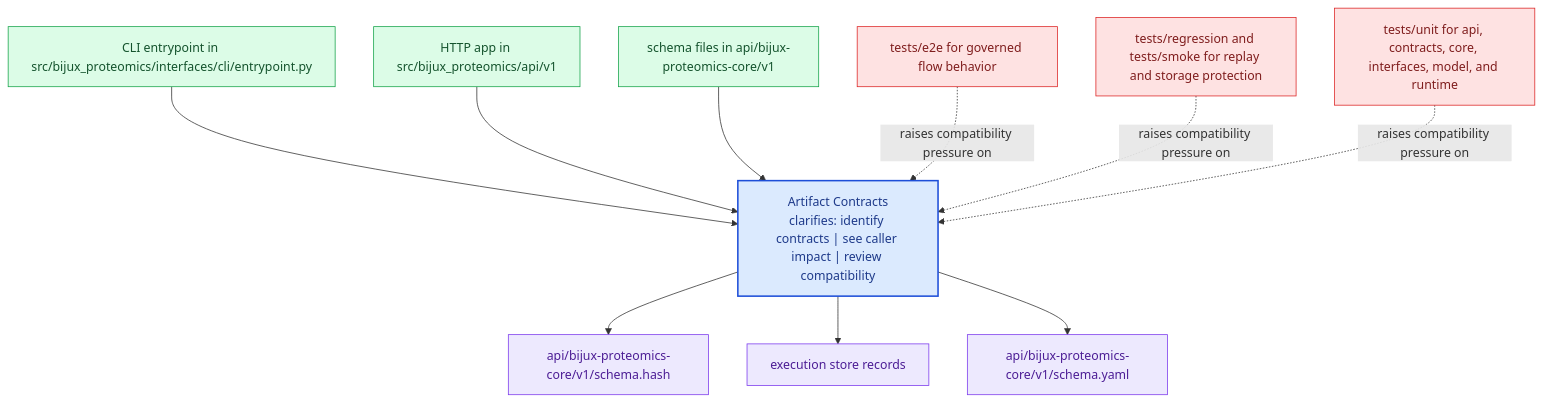
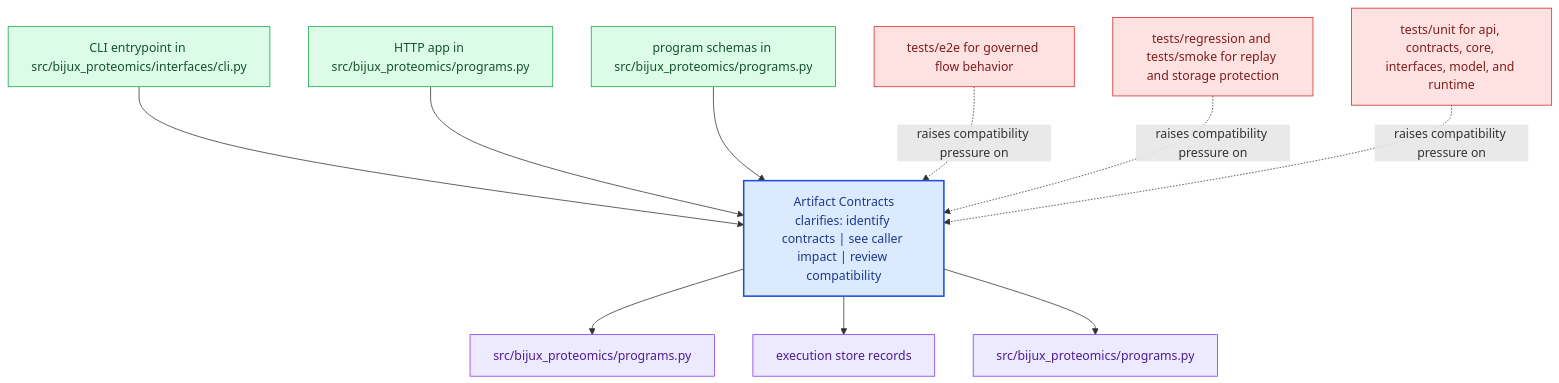
One commit to bijux/bijux-proteomics changed the diagram in docs/bijux-proteomics-core/interfaces/artifact-contracts.md. Above: the diagram before and after it, drawn with Mermaid. The commit also changed other lines of this file and 24 other files, not shown here.

Commit message:
docs(bijux-proteomics-core): realign handbook around program contracts and lifecycle models

````diff
--- a/docs/bijux-proteomics-core/interfaces/artifact-contracts.md
+++ b/docs/bijux-proteomics-core/interfaces/artifact-contracts.md
@@ -23,31 +23,31 @@
 ```mermaid
 flowchart TB
     page["Artifact Contracts<br/>clarifies: identify contracts | see caller impact | review compatibility"]
     classDef page fill:#dbeafe,stroke:#1d4ed8,color:#1e3a8a,stroke-width:2px;
     classDef positive fill:#dcfce7,stroke:#16a34a,color:#14532d;
     classDef caution fill:#fee2e2,stroke:#dc2626,color:#7f1d1d;
     classDef anchor fill:#ede9fe,stroke:#7c3aed,color:#4c1d95;
     classDef action fill:#fef3c7,stroke:#d97706,color:#7c2d12;
-    surface1["CLI entrypoint in src/bijux_proteomics/interfaces/cli/entrypoint.py"]
+    surface1["CLI entrypoint in src/bijux_proteomics/interfaces/cli.py"]
     surface1 --> page
-    surface2["HTTP app in src/bijux_proteomics/api/v1"]
+    surface2["HTTP app in src/bijux_proteomics/programs.py"]
     surface2 --> page
-    surface3["schema files in api/bijux-proteomics-core/v1"]
+    surface3["program schemas in src/bijux_proteomics/programs.py"]
     surface3 --> page
-    proof1["api/bijux-proteomics-core/v1/schema.hash"]
+    proof1["src/bijux_proteomics/programs.py"]
     page --> proof1
     proof2["execution store records"]
     page --> proof2
-    proof3["api/bijux-proteomics-core/v1/schema.yaml"]
+    proof3["src/bijux_proteomics/programs.py"]
     page --> proof3
     review1["tests/e2e for governed flow behavior"]
     review1 -.raises compatibility pressure on.-> page
     review2["tests/regression and tests/smoke for replay and storage protection"]
     review2 -.raises compatibility pressure on.-> page
     review3["tests/unit for api, contracts, core, interfaces, model, and runtime"]
     review3 -.raises compatibility pressure on.-> page
     class page page;
     class surface1,surface2,surface3 positive;
     class proof1,proof2,proof3 anchor;
     class review1,review2,review3 caution;
 ```
````
